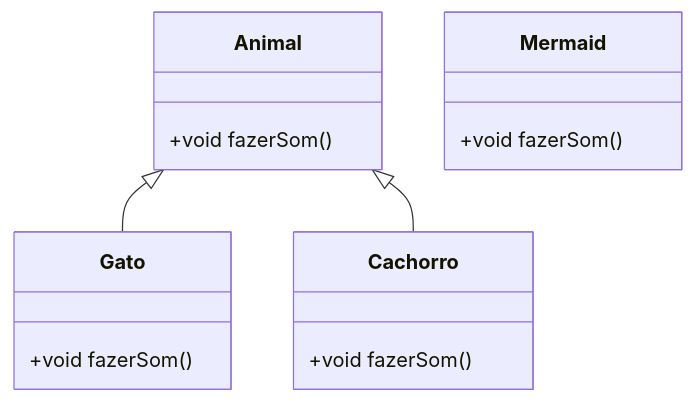
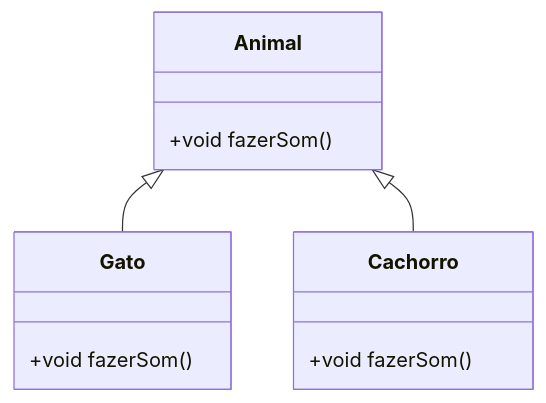
One commit to Gustavo-Enrick/Aula10 changed the diagram in classe.mmd. Above: the diagram before and after it, drawn with Mermaid.

```diff
--- a/classe.mmd
+++ b/classe.mmd
@@ -1,19 +1,15 @@
 classDiagram
     class Animal {
         +void fazerSom()
     }
 
     class Gato {
         +void fazerSom()
     }
 
     class Cachorro {
         +void fazerSom()
     }
 
-    class Mermaid {
-        +void fazerSom()
-    }
-
     Animal <|-- Gato
     Animal <|-- Cachorro
```
